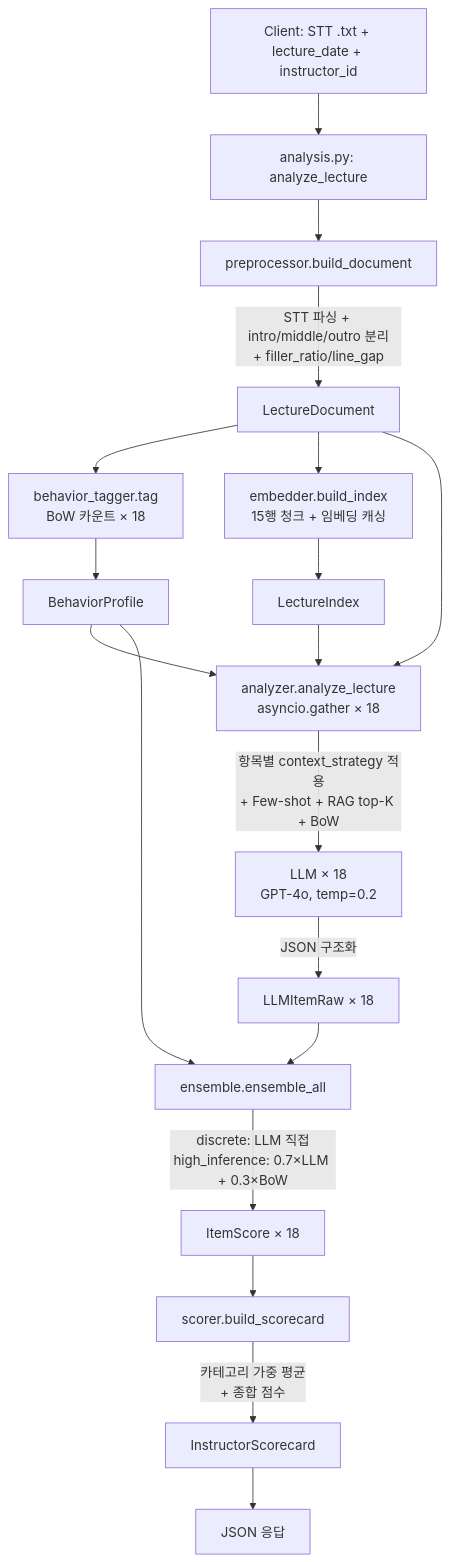
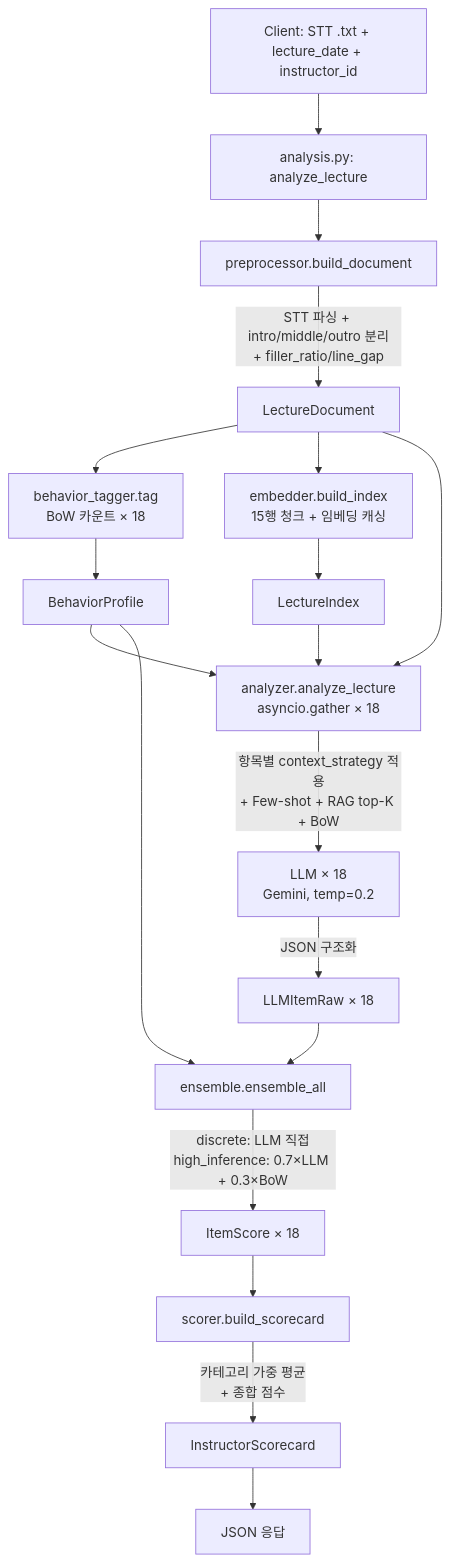
One commit to LectureInsight-Lab/backend changed the first of 2 diagrams in README.md. Above: the diagram before and after it, drawn with Mermaid. The commit also changed other lines of this file and 40 other files, not shown here.

````diff
--- a/README.md
+++ b/README.md
@@ -174,27 +174,27 @@
 ```mermaid
 flowchart TD
     A[Client: STT .txt + lecture_date + instructor_id] --> B[analysis.py: analyze_lecture]
     B --> C[preprocessor.build_document]
     C -->|STT 파싱 + intro/middle/outro 분리<br/>+ filler_ratio/line_gap| D[LectureDocument]
 
     D --> E1[behavior_tagger.tag<br/>BoW 카운트 × 18]
     D --> E2[embedder.build_index<br/>15행 청크 + 임베딩 캐싱]
 
     E1 --> F[BehaviorProfile]
     E2 --> G[LectureIndex]
 
     F --> H[analyzer.analyze_lecture<br/>asyncio.gather × 18]
     G --> H
     D --> H
 
-    H -->|항목별 context_strategy 적용<br/>+ Few-shot + RAG top-K + BoW| I[LLM × 18<br/>GPT-4o, temp=0.2]
+    H -->|항목별 context_strategy 적용<br/>+ Few-shot + RAG top-K + BoW| I[LLM × 18<br/>Gemini, temp=0.2]
     I -->|JSON 구조화| J[LLMItemRaw × 18]
 
     J --> K[ensemble.ensemble_all]
     F --> K
     K -->|discrete: LLM 직접<br/>high_inference: 0.7×LLM + 0.3×BoW| L[ItemScore × 18]
 
     L --> M[scorer.build_scorecard]
     M -->|카테고리 가중 평균<br/>+ 종합 점수| N[InstructorScorecard]
     N --> O[JSON 응답]
 ```
````
